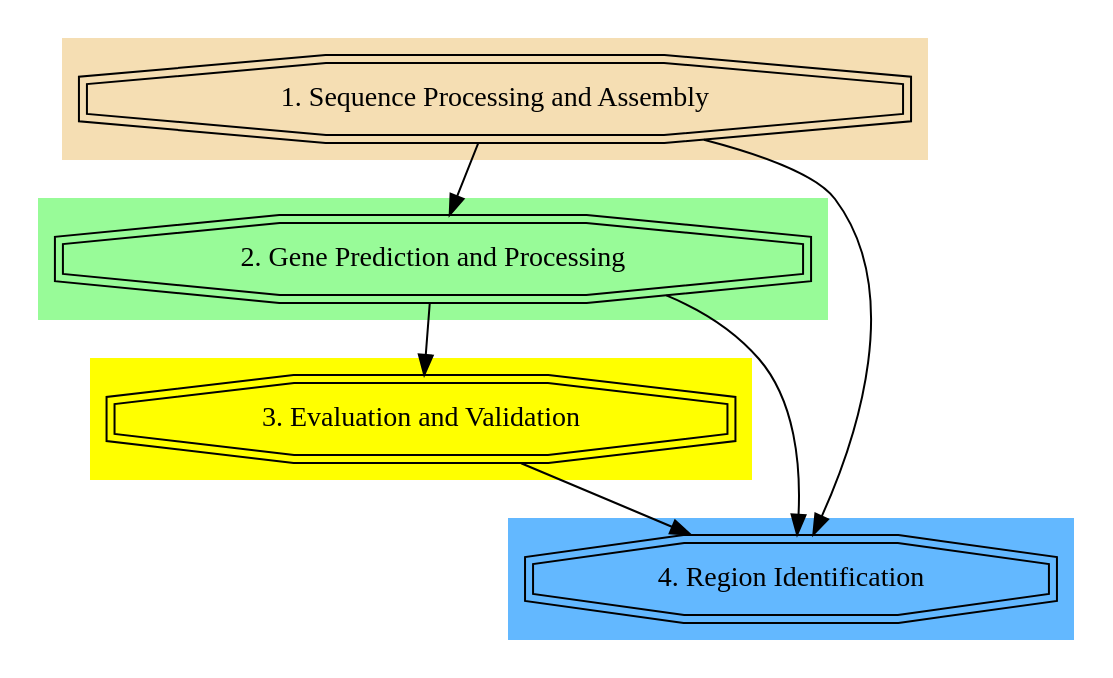
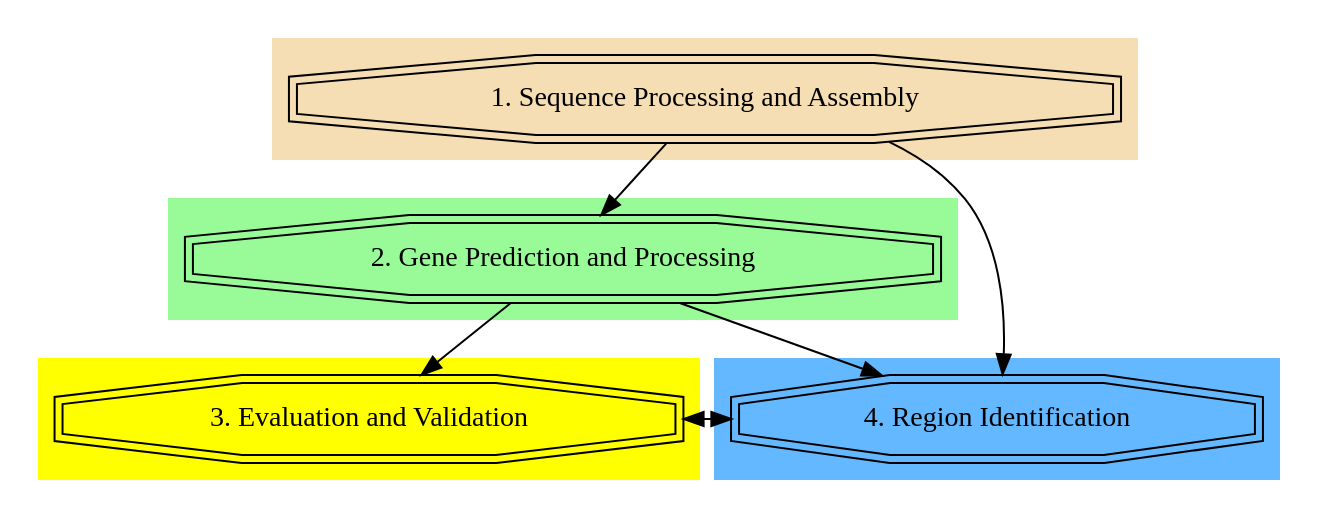
The diagram in working-thesis/figures/workflow-simple.dot (cbe453/masters), drawn with Graphviz before and after one commit. The commit also changed 6 other files, not shown here.

```diff
--- a/working-thesis/figures/workflow-simple.dot
+++ b/working-thesis/figures/workflow-simple.dot
@@ -1,31 +1,32 @@
 digraph G{
 	subgraph cluster_0 {
 		 style = filled;
 		 color = wheat;
 		 "1. Sequence Processing and Assembly" [shape = doubleoctagon];
 	}
 
 	subgraph cluster_1 {
 		 style = filled;
 		 color = palegreen;
 		 "2. Gene Prediction and Processing" [shape = doubleoctagon];
 	}
 
 	subgraph cluster_2 {
 		 style = filled;
 		 color = yellow;
 		 "3. Evaluation and Validation" [shape = doubleoctagon];
 	}
 
 	subgraph cluster_3 {
 		 style = filled;
 		 color = steelblue1;
 		 "4. Region Identification" [shape = doubleoctagon];
 	}
 
 	"1. Sequence Processing and Assembly" -> "2. Gene Prediction and Processing";
 	"2. Gene Prediction and Processing" -> "3. Evaluation and Validation";
 	"2. Gene Prediction and Processing" -> "4. Region Identification";
 	"3. Evaluation and Validation" -> "4. Region Identification";
 	"1. Sequence Processing and Assembly" -> "4. Region Identification"; 
+	"4. Region Identification" -> "3. Evaluation and Validation";
 }
```
